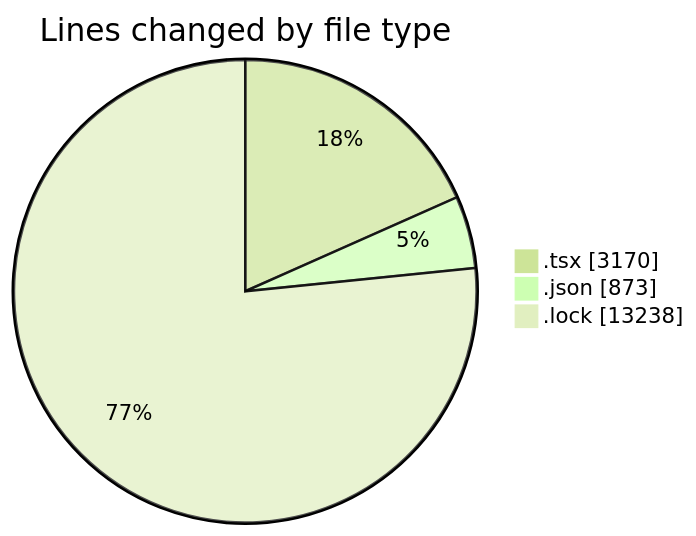
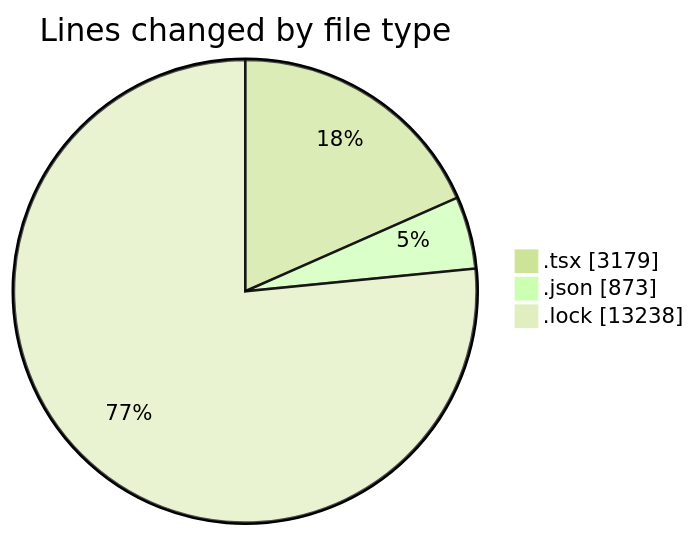
The first of 2 diagrams in 2026-01-09/cda/README.md (momahboobian/code-tracking), drawn with Mermaid (forest theme) before and after one commit. The commit also changed other lines of this file and 1 other file, not shown here.

````diff
--- a/2026-01-09/cda/README.md
+++ b/2026-01-09/cda/README.md
@@ -26,7 +26,7 @@
 ```mermaid
 pie showData
 title Lines changed by file type
-".tsx" : 3170
+".tsx" : 3179
 ".json" : 873
 ".lock" : 13238
 ```
````
